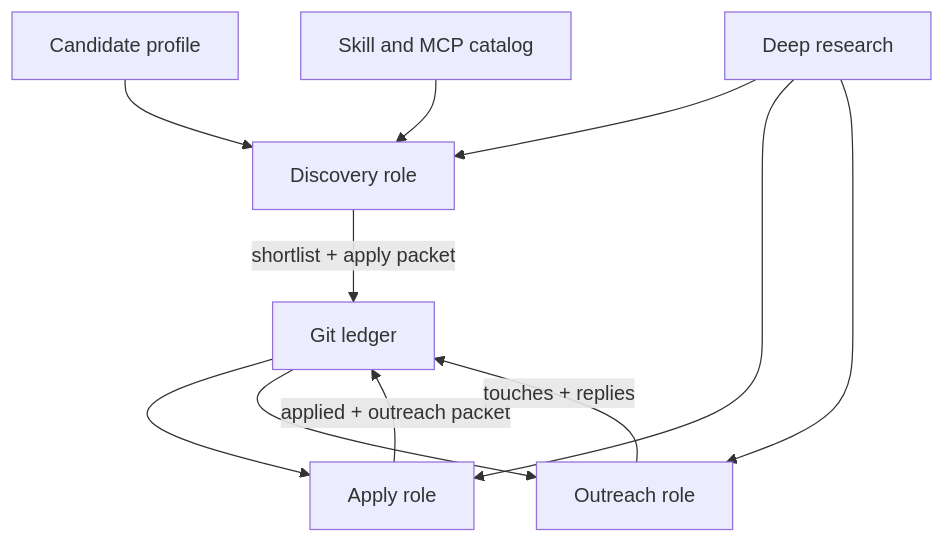
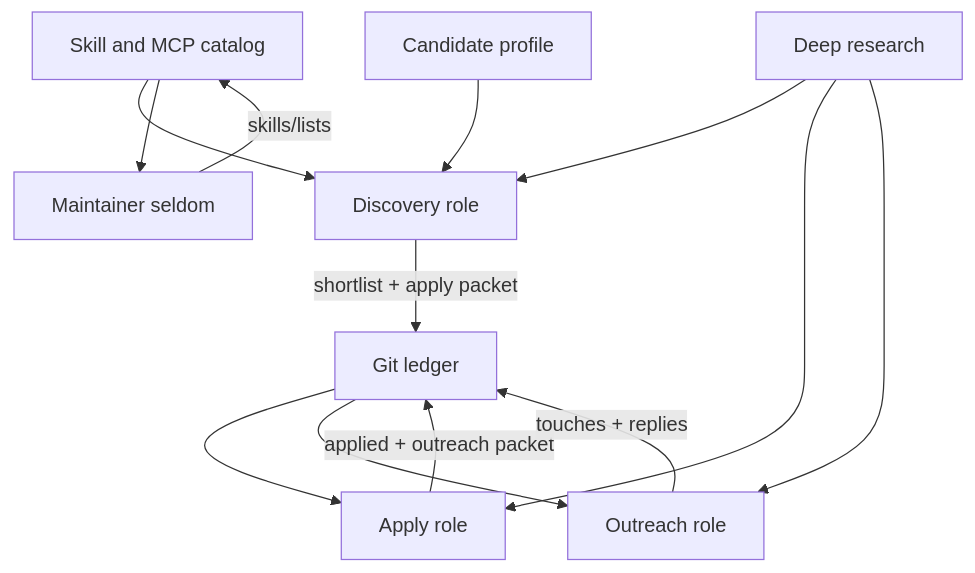
The diagram in README.md (unownone/jobos), drawn with Mermaid before and after one commit. The commit also changed other lines of this file and 28 other files, not shown here.

First line of the commit message:
Add seldom-used maintainer role and live skill/MCP lists.

````diff
--- a/README.md
+++ b/README.md
@@ -45,21 +49,24 @@
 ```mermaid
 flowchart TD
   profile[Candidate profile]
   catalog[Skill and MCP catalog]
   research[Deep research]
   discovery[Discovery role]
   ledger[Git ledger]
   apply[Apply role]
   outreach[Outreach role]
+  maintainer[Maintainer seldom]
 
   profile --> discovery
   catalog --> discovery
+  catalog --> maintainer
+  maintainer -->|"skills/lists"| catalog
   research --> discovery
   research --> apply
   research --> outreach
   discovery -->|"shortlist + apply packet"| ledger
   ledger --> apply
   apply -->|"applied + outreach packet"| ledger
   ledger --> outreach
   outreach -->|"touches + replies"| ledger
 ```
````
